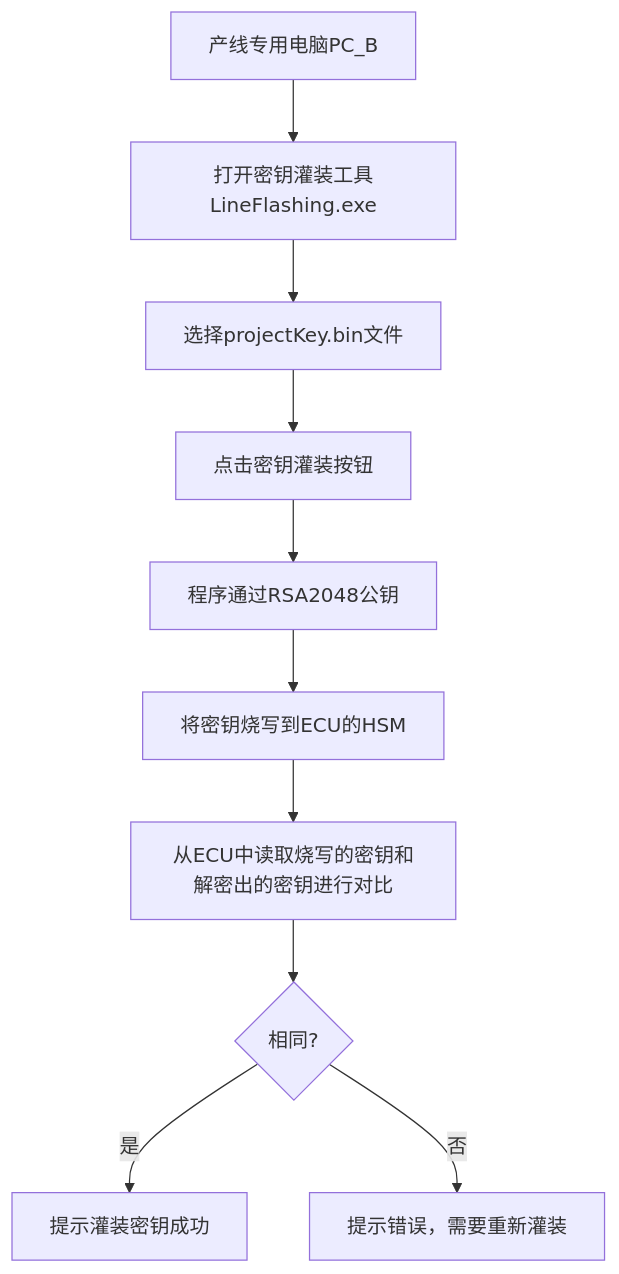
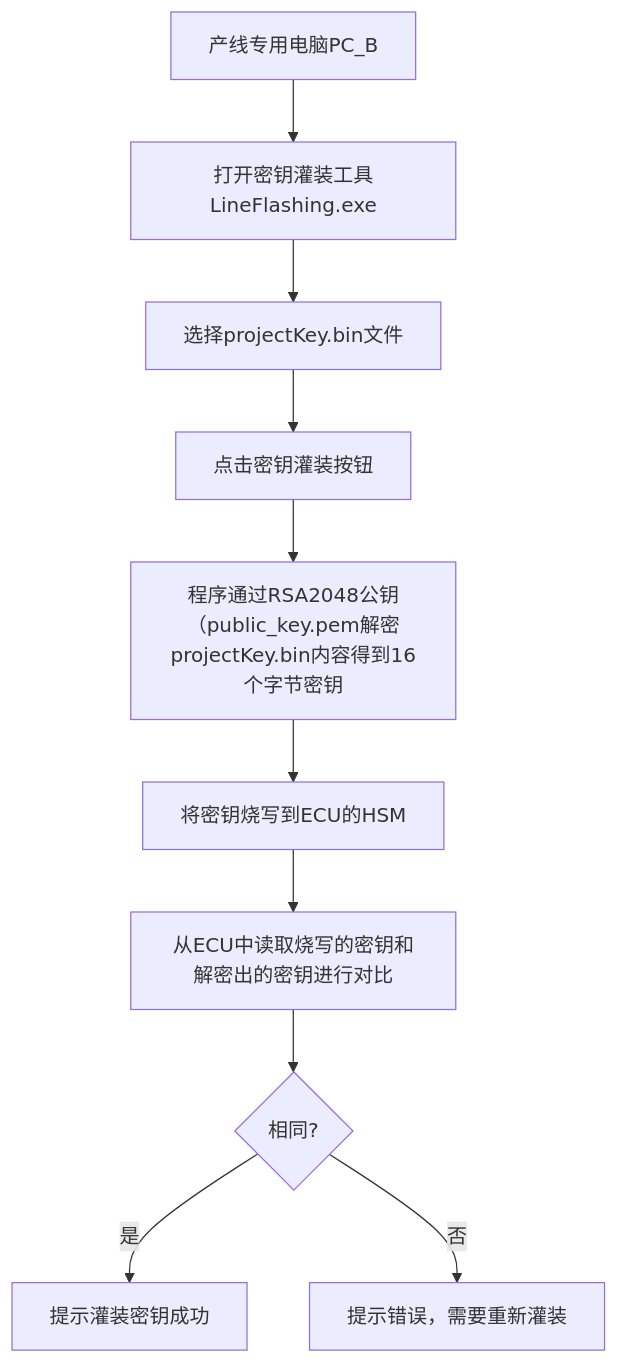
Before and after one commit to facebook-cloud/iodraw-files: the diagram in all/未命名-11.md, drawn with Mermaid.

Commit message:
2026-01-06 20:46:21 update

````diff
--- a/all/未命名-11.md
+++ b/all/未命名-11.md
@@ -1,13 +1,13 @@
 ```mermaid
 graph TD
     A[产线专用电脑PC_B] --> B[打开密钥灌装工具LineFlashing.exe]
     B --> C[选择projectKey.bin文件]
     C --> D[点击密钥灌装按钮]
-    D --> E[程序通过RSA2048公钥<public_key.pem解密projectKey.bin内容得到16个字节密钥]
+    D --> E[程序通过RSA2048公钥（public_key.pem解密projectKey.bin内容得到16个字节密钥]
     E --> F[将密钥烧写到ECU的HSM]
     F --> G[从ECU中读取烧写的密钥和解密出的密钥进行对比]
     G --> J{相同?}
     J -- 是 --> K[提示灌装密钥成功]
     J -- 否 --> L[提示错误，需要重新灌装]
 
 ```
````
